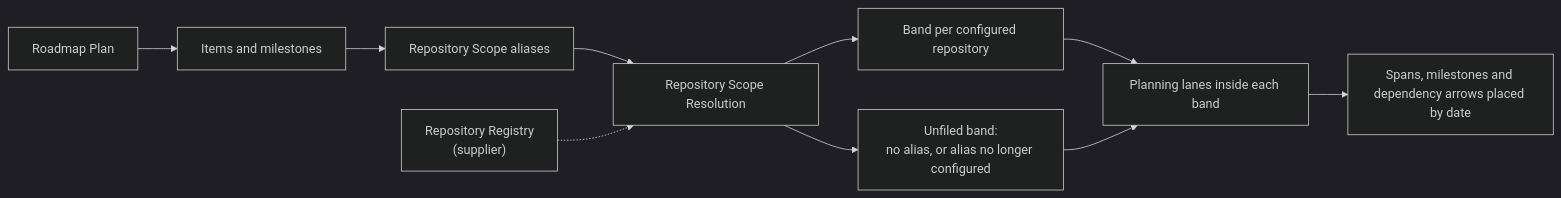
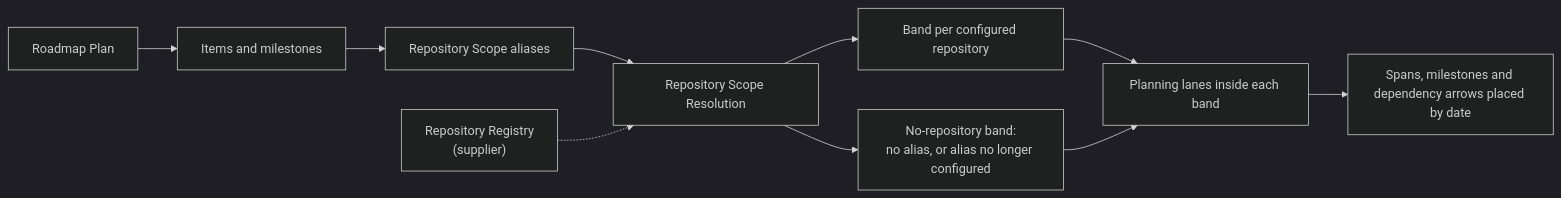
The third of 4 diagrams in .devbook/domain/roadmap/flow.md (JSdotNet/Backlog), drawn with Mermaid (dark theme) before and after one commit. The commit also changed 6 other files, not shown here.

First line of the commit message:
docs(roadmap): describe the band for work under no repository

````diff
--- a/.devbook/domain/roadmap/flow.md
+++ b/.devbook/domain/roadmap/flow.md
@@ -81,12 +81,12 @@
 ```mermaid
 flowchart LR
     Plan["Roadmap Plan"] --> Items["Items and milestones"]
     Items --> Scope["Repository Scope aliases"]
     Scope --> Resolve["Repository Scope Resolution"]
     Registry["Repository Registry<br/>(supplier)"] -.-> Resolve
     Resolve --> Known["Band per configured repository"]
-    Resolve --> Unresolved["Unfiled band:<br/>no alias, or alias no longer configured"]
+    Resolve --> Unresolved["No-repository band:<br/>no alias, or alias no longer configured"]
     Known --> Lanes["Planning lanes inside each band"]
     Unresolved --> Lanes
     Lanes --> Draw["Spans, milestones and dependency arrows placed by date"]
 ```
````
